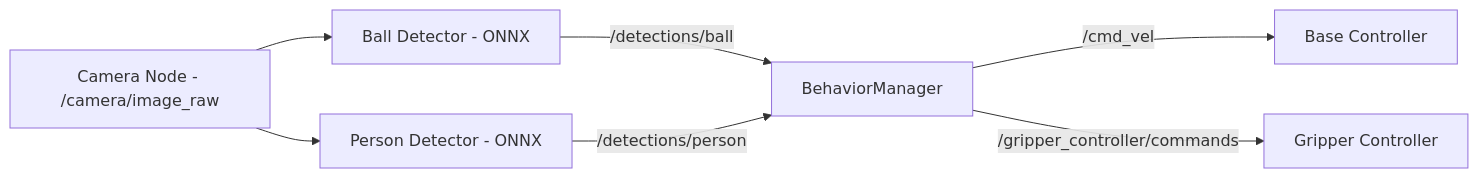
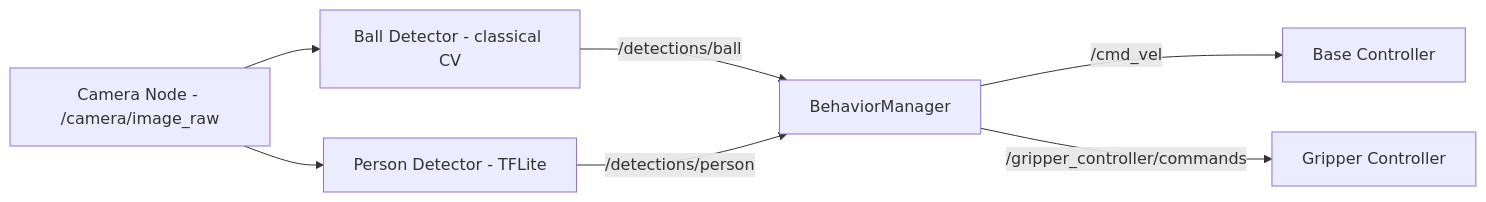
One commit to Fortuz/mecanumbot_camera changed the first of 3 diagrams in README.MD. Above: the diagram before and after it, drawn with Mermaid.

````diff
--- a/README.MD
+++ b/README.MD
@@ -104,20 +104,22 @@
 ```mermaid
 flowchart LR
 
     cam[Camera Node - /camera/image_raw]
-    detBall[Ball Detector - ONNX]
-    detPerson[Person Detector - ONNX]
+
+    detBall[Ball Detector - classical CV]
+    detPerson[Person Detector - TFLite]
+
     behavior[BehaviorManager]
     cmd[Base Controller]
     grip[Gripper Controller]
 
     cam --> detBall
     cam --> detPerson
 
     detBall -->|/detections/ball| behavior
     detPerson -->|/detections/person| behavior
 
     behavior -->|/cmd_vel| cmd
     behavior -->|/gripper_controller/commands| grip
 
 ```
````
